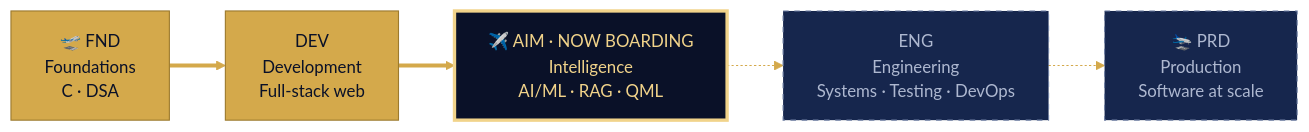
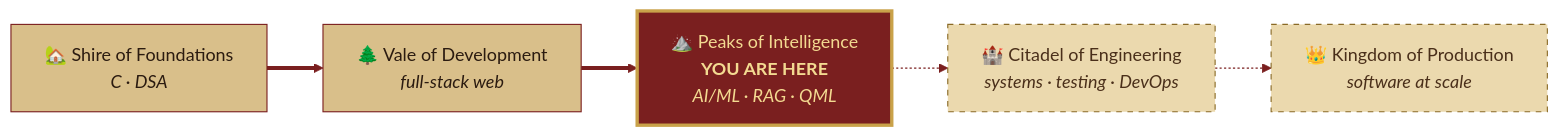
The diagram in README.md (Chetan-Kumar-G/Chetan-Kumar-G), drawn with Mermaid before and after one commit. The commit also changed other lines of this file, not shown here.

````diff
--- a/README.md
+++ b/README.md
@@ -128,15 +205,14 @@
 ```mermaid
-%%{init: {'theme':'base', 'themeVariables': {'primaryColor':'#0A1128','primaryTextColor':'#F1D38A','primaryBorderColor':'#D4A94B','lineColor':'#D4A94B','fontSize':'15px'}}}%%
+%%{init: {'theme':'base','themeVariables':{'primaryColor':'#EBD9AE','primaryTextColor':'#2B1B10','primaryBorderColor':'#8A6A26','lineColor':'#7A1F1F','fontFamily':'Georgia, serif'}}}%%
 flowchart LR
-    FND["🛫 FND<br/>Foundations<br/>C · DSA"] ==> DEV["DEV<br/>Development<br/>Full-stack web"]
-    DEV ==> AIM["✈️ AIM · NOW BOARDING<br/>Intelligence<br/>AI/ML · RAG · QML"]
-    AIM -.-> ENG["ENG<br/>Engineering<br/>Systems · Testing · DevOps"]
-    ENG -.-> PRD["🛬 PRD<br/>Production<br/>Software at scale"]
-
-    classDef done fill:#D4A94B,stroke:#9C7A2E,color:#0A1128
-    classDef now fill:#0A1128,stroke:#F1D38A,stroke-width:3px,color:#F1D38A
-    classDef next fill:#16264D,stroke:#6F7FA3,color:#AEB8D0,stroke-dasharray:5 5
-    class FND,DEV done
-    class AIM now
-    class ENG,PRD next
+    A["🏡 Shire of Foundations<br/><i>C · DSA</i>"] ==> B["🌲 Vale of Development<br/><i>full-stack web</i>"]
+    B ==> C["⛰️ Peaks of Intelligence<br/><b>YOU ARE HERE</b><br/><i>AI/ML · RAG · QML</i>"]
+    C -.-> D["🏰 Citadel of Engineering<br/><i>systems · testing · DevOps</i>"]
+    D -.-> E["👑 Kingdom of Production<br/><i>software at scale</i>"]
+    classDef done fill:#D9BF8A,stroke:#7A1F1F,color:#2B1B10
+    classDef now fill:#7A1F1F,stroke:#C9A24A,stroke-width:3px,color:#F3DA91
+    classDef next fill:#EBD9AE,stroke:#8A6A26,color:#4A2F1A,stroke-dasharray:5 5
+    class A,B done
+    class C now
+    class D,E next
 ```
````
